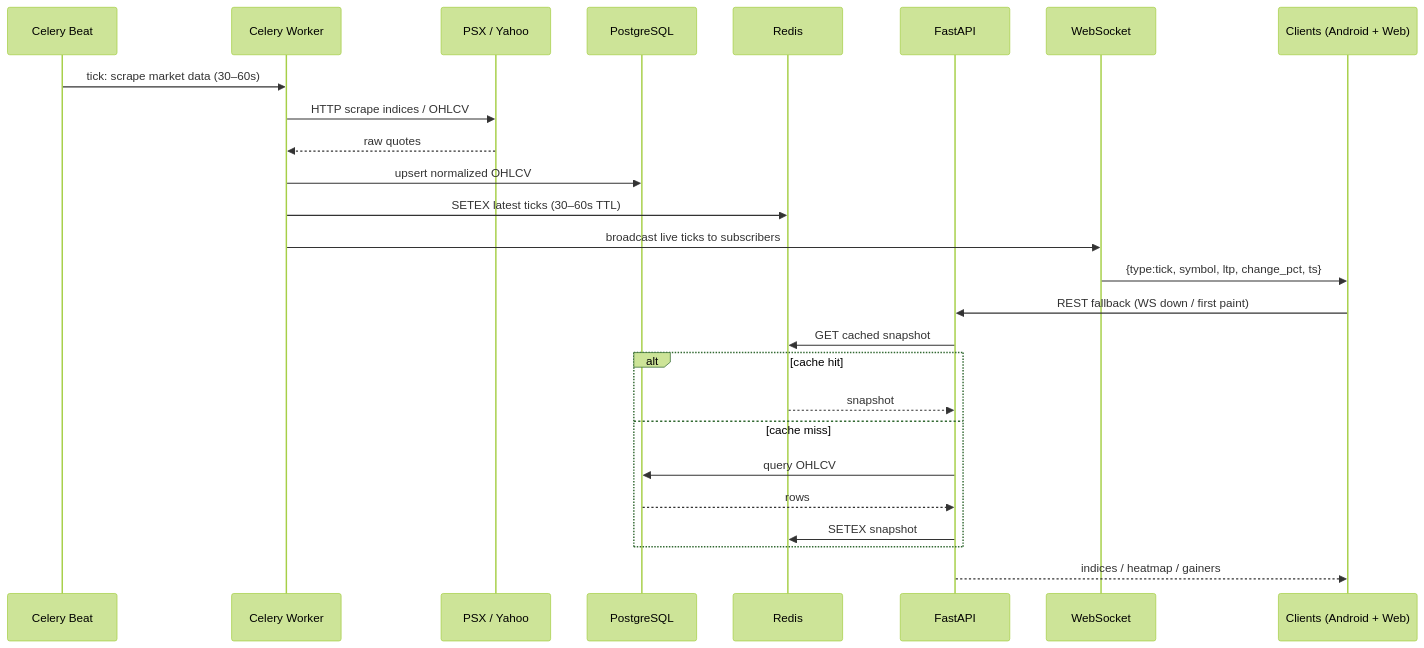
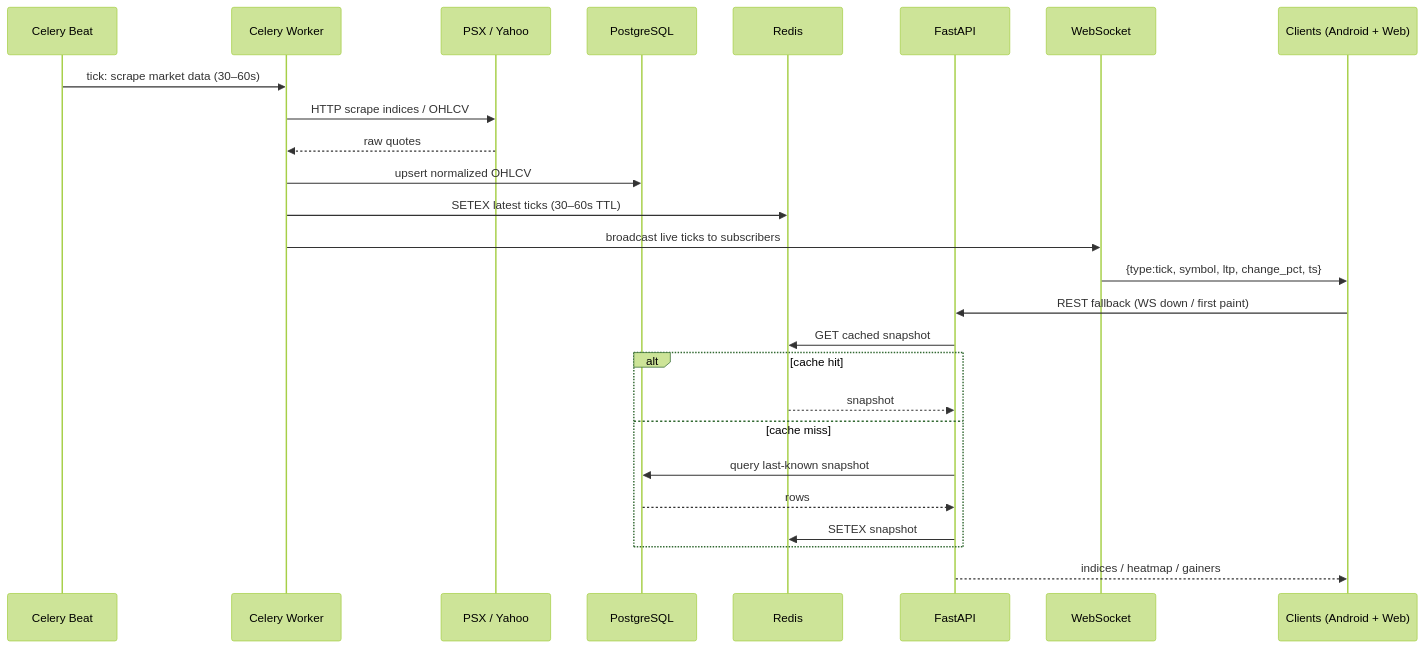
The second of 3 diagrams in backend/docs/system-architecture.md (iahmedd-k/Basarat-fyp-official), drawn with Mermaid (forest theme) before and after one commit. The commit also changed other lines of this file and 202 other files, not shown here.

````diff
--- a/backend/docs/system-architecture.md
+++ b/backend/docs/system-architecture.md
@@ -75,30 +75,30 @@
 ```mermaid
 sequenceDiagram
     participant Beat as Celery Beat
     participant W as Celery Worker
     participant SRC as PSX / Yahoo
     participant PG as PostgreSQL
     participant RD as Redis
     participant API as FastAPI
     participant WS as WebSocket
     participant C as Clients (Android + Web)
 
     Beat->>W: tick: scrape market data (30–60s)
     W->>SRC: HTTP scrape indices / OHLCV
     SRC-->>W: raw quotes
     W->>PG: upsert normalized OHLCV
     W->>RD: SETEX latest ticks (30–60s TTL)
     W->>WS: broadcast live ticks to subscribers
     WS->>C: {type:tick, symbol, ltp, change_pct, ts}
 
     C->>API: REST fallback (WS down / first paint)
     API->>RD: GET cached snapshot
     alt cache hit
         RD-->>API: snapshot
     else cache miss
-        API->>PG: query OHLCV
+        API->>PG: query last-known snapshot
         PG-->>API: rows
         API->>RD: SETEX snapshot
     end
     API-->>C: indices / heatmap / gainers
 ```
````
